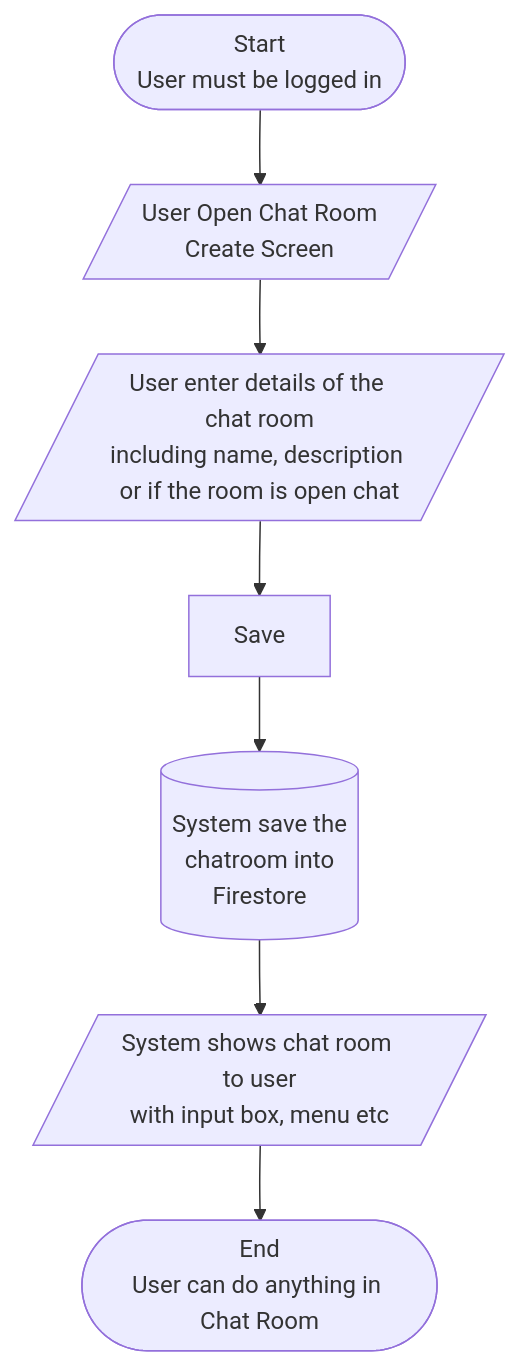
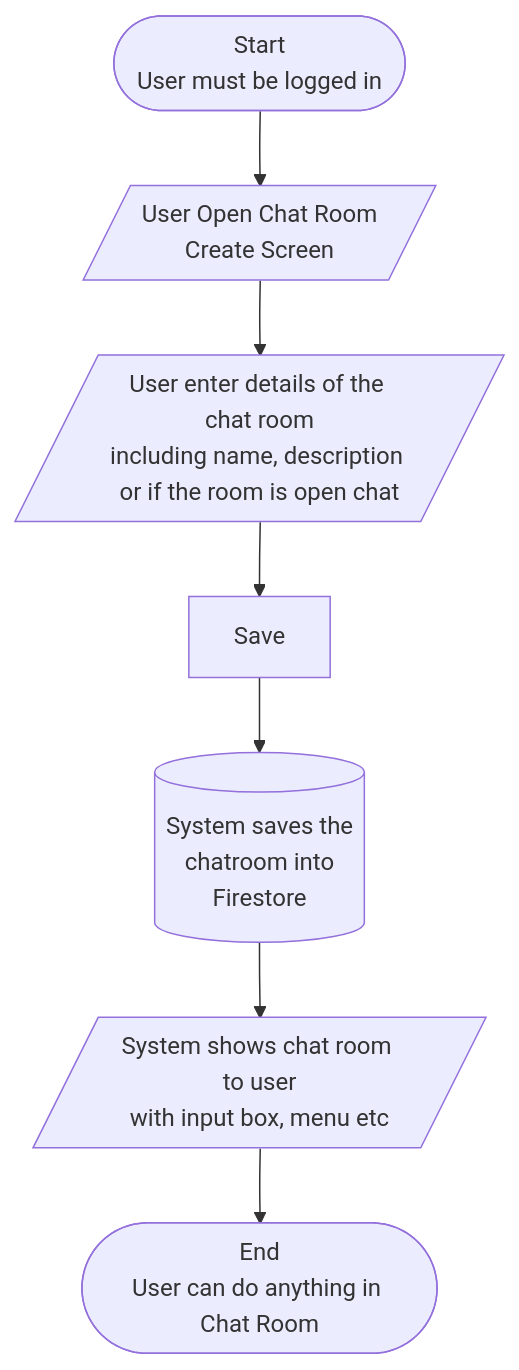
One commit to thruthesky/easy_packages changed the first of 4 diagrams in easychat/README.md. Above: the diagram before and after it, drawn with Mermaid. The commit also changed other lines of this file, not shown here.

````diff
--- a/easychat/README.md
+++ b/easychat/README.md
@@ -335,12 +339,12 @@
 ```mermaid
 
 flowchart TD
   start([Start\nUser must be logged in])
   --> createChatRoom[/User Open Chat Room\nCreate Screen/]
   --> userEnter[/User enter details of the chat room\nincluding name, description or if the room is open chat/]
   --> saveChatRoom[Save]
-  --> saveToDb[(System save the\nchatroom into\nFirestore)]
+  --> saveToDb[(System saves the\nchatroom into\nFirestore)]
   --> showChatRoom[/System shows chat room to user\nwith input box, menu etc/]
   --> final([End\nUser can do anything in Chat Room])
 
 ```
````
